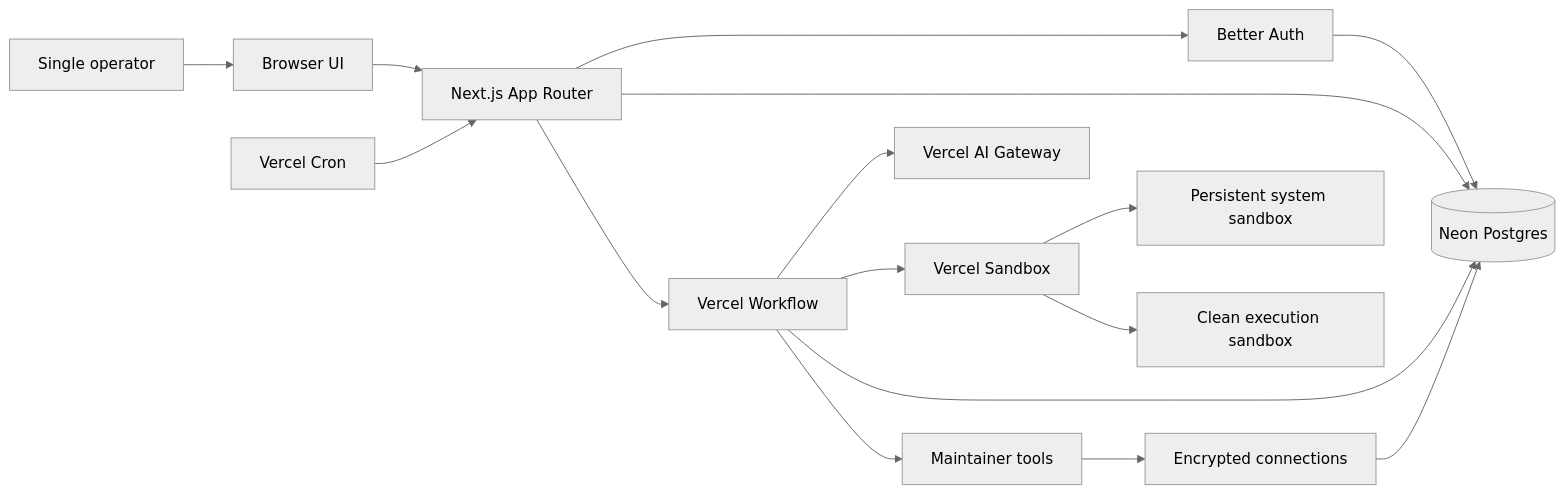
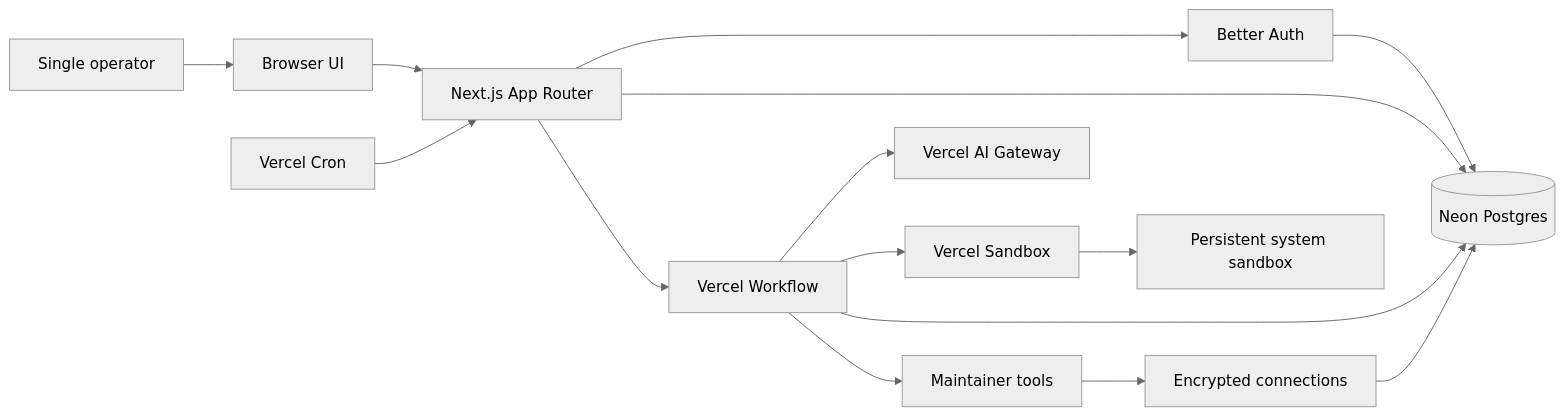
Before and after one commit to TommyBez/outname: the first of 6 diagrams in README.md, drawn with Mermaid (neutral theme). The commit also changed other lines of this file and 26 other files, not shown here.

````diff
--- a/README.md
+++ b/README.md
@@ -24,23 +24,22 @@
 ```mermaid
 flowchart LR
   Operator[Single operator] --> Browser[Browser UI]
   Browser --> Next[Next.js App Router]
 
   Next --> Auth[Better Auth]
   Auth --> DB[(Neon Postgres)]
   Next --> DB
 
   Next --> Workflow[Vercel Workflow]
   Workflow --> Gateway[Vercel AI Gateway]
   Workflow --> Sandbox[Vercel Sandbox]
   Workflow --> DB
 
   Sandbox --> SystemSandbox[Persistent system sandbox]
-  Sandbox --> ExecSandbox[Clean execution sandbox]
 
   Workflow --> Tools[Maintainer tools]
   Tools --> Connections[Encrypted connections]
   Connections --> DB
 
   Cron[Vercel Cron] --> Next
 ```
````
